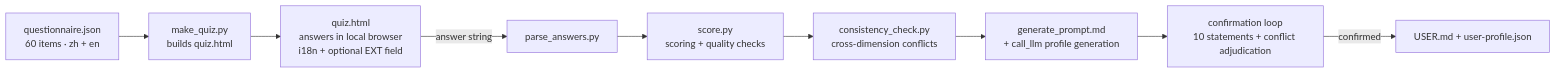
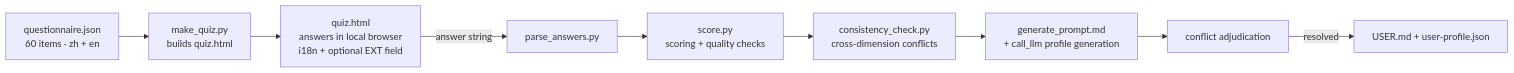
The diagram in README.md (VanDING/User.md), drawn with Mermaid before and after one commit. The commit also changed other lines of this file and 1 other file, not shown here.

````diff
--- a/README.md
+++ b/README.md
@@ -19,11 +18,11 @@
 ```mermaid
 graph LR
     Q[questionnaire.json<br/>60 items · zh + en] --> G[make_quiz.py<br/>builds quiz.html]
     G --> H[quiz.html<br/>answers in local browser<br/>i18n + optional EXT field]
     H -->|answer string| P[parse_answers.py]
     P --> S[score.py<br/>scoring + quality checks]
     S --> C[consistency_check.py<br/>cross-dimension conflicts]
     C --> L[generate_prompt.md<br/>+ call_llm profile generation]
-    L --> U[confirmation loop<br/>10 statements + conflict adjudication]
-    U -->|confirmed| W[USER.md + user-profile.json]
+    L --> U[conflict adjudication]
+    U -->|resolved| W[USER.md + user-profile.json]
 ```
````
